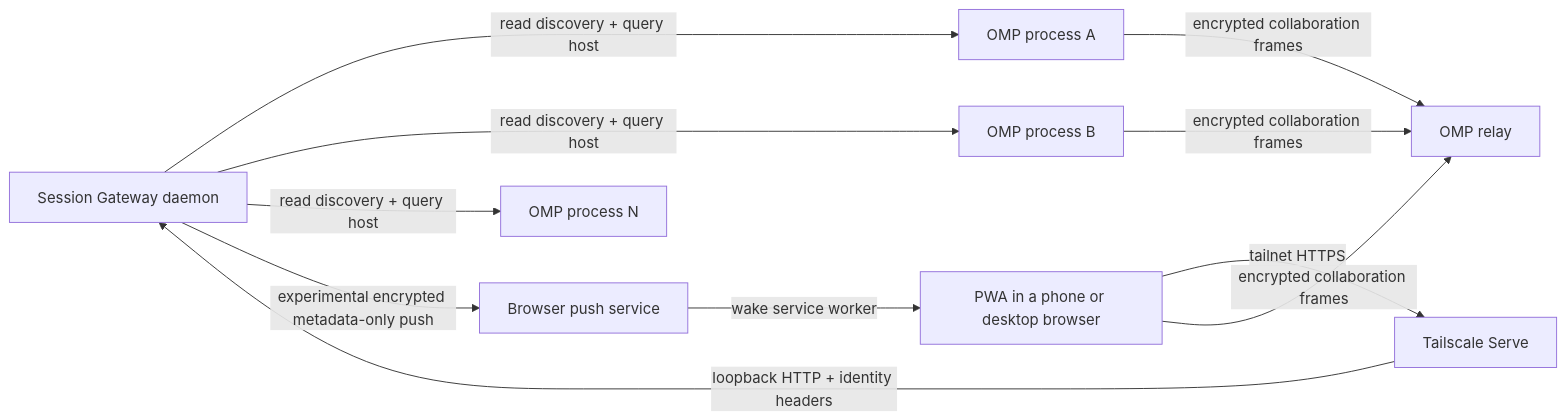
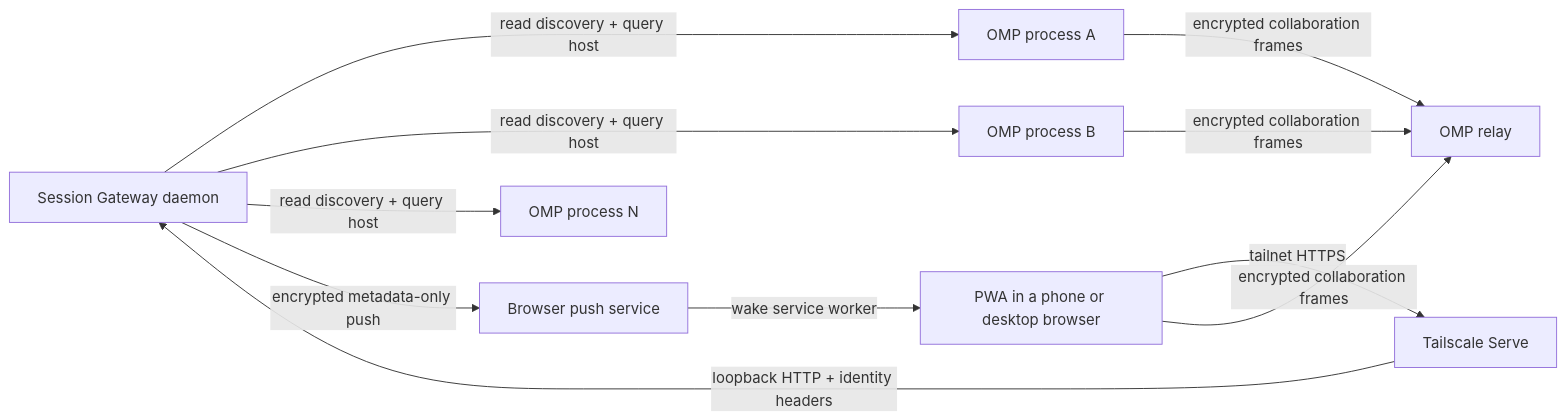
Before and after one commit to alphastorm/omp-session-gateway: the diagram in README.md, drawn with Mermaid. The commit also changed other lines of this file and 7 other files, not shown here.

````diff
--- a/README.md
+++ b/README.md
@@ -337,15 +338,15 @@
 ```mermaid
 flowchart LR
     GATEWAY[Session Gateway daemon] -->|read discovery + query host| OMP1[OMP process A]
     GATEWAY -->|read discovery + query host| OMP2[OMP process B]
     GATEWAY -->|read discovery + query host| OMPN[OMP process N]
 
     PHONE[PWA in a phone or desktop browser] -->|tailnet HTTPS| SERVE[Tailscale Serve]
     SERVE -->|loopback HTTP + identity headers| GATEWAY
 
     PHONE -->|encrypted collaboration frames| RELAY[OMP relay]
     OMP1 -->|encrypted collaboration frames| RELAY
     OMP2 -->|encrypted collaboration frames| RELAY
-    GATEWAY -->|experimental encrypted metadata-only push| PUSH[Browser push service]
+    GATEWAY -->|encrypted metadata-only push| PUSH[Browser push service]
     PUSH -->|wake service worker| PHONE
 ```
````
